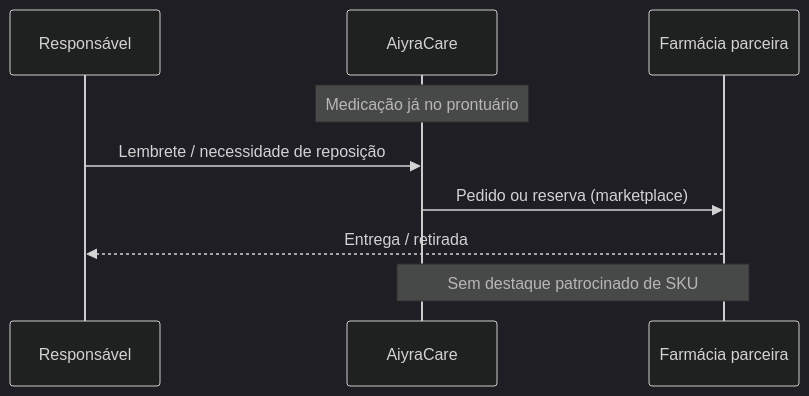
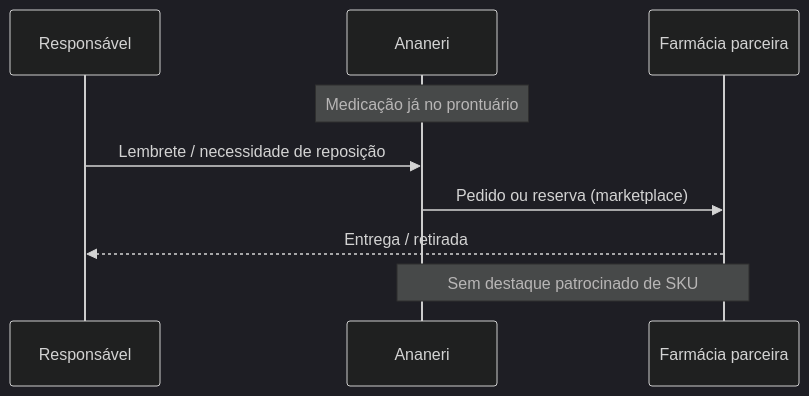
One commit to RafaDru/aiyra-care changed the fifth of 5 diagrams in docs/ECOSYSTEM.md. Above: the diagram before and after it, drawn with Mermaid (dark theme). The commit also changed other lines of this file and 83 other files, not shown here.

````diff
--- a/docs/ECOSYSTEM.md
+++ b/docs/ECOSYSTEM.md
@@ -145,12 +145,12 @@
 ```mermaid
 sequenceDiagram
   participant R as Responsável
-  participant A as AiyraCare
+  participant A as Ananeri
   participant F as Farmácia parceira
 
   Note over A: Medicação já no prontuário
   R->>A: Lembrete / necessidade de reposição
   A->>F: Pedido ou reserva (marketplace)
   F-->>R: Entrega / retirada
   Note over A,F: Sem destaque patrocinado de SKU
 ```
````
